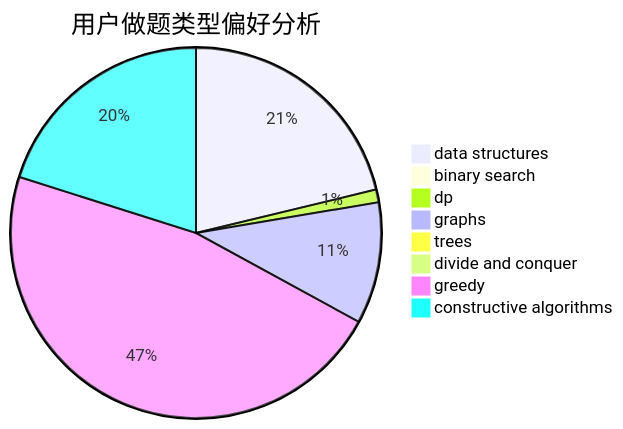
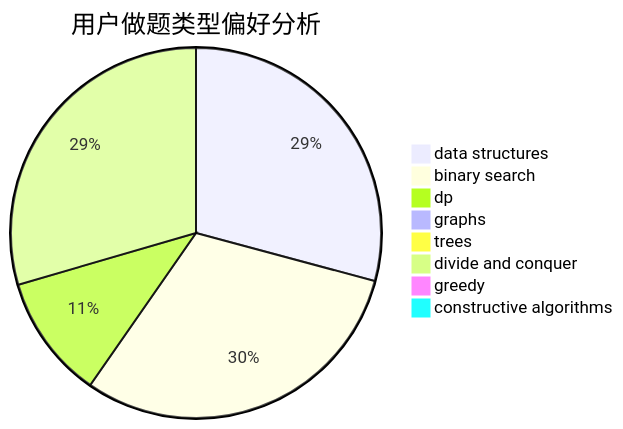
The second of 3 diagrams in docs/user/u2293.md (sherpahu/cfrs.github.io), drawn with Mermaid before and after one commit. The commit also changed other lines of this file and 2770 other files, not shown here.

````diff
--- a/docs/user/u2293.md
+++ b/docs/user/u2293.md
@@ -23,11 +23,11 @@
 ```mermaid
 pie title 用户做题类型偏好分析
-    "data structures" :  38
-    "binary search" :  1
-    "dp" :  2
-    "graphs" :  19
-    "trees" :  0
-    "divide and conquer" :  0
-    "greedy" :  84
-    "constructive algorithms" :  36
+    "data structures" :  89
+    "binary search" :  93
+    "dp" :  33
+    "graphs" :  3
+    "trees" :  1
+    "divide and conquer" :  90
+    "greedy" :  2
+    "constructive algorithms" :  0
 ```
````
